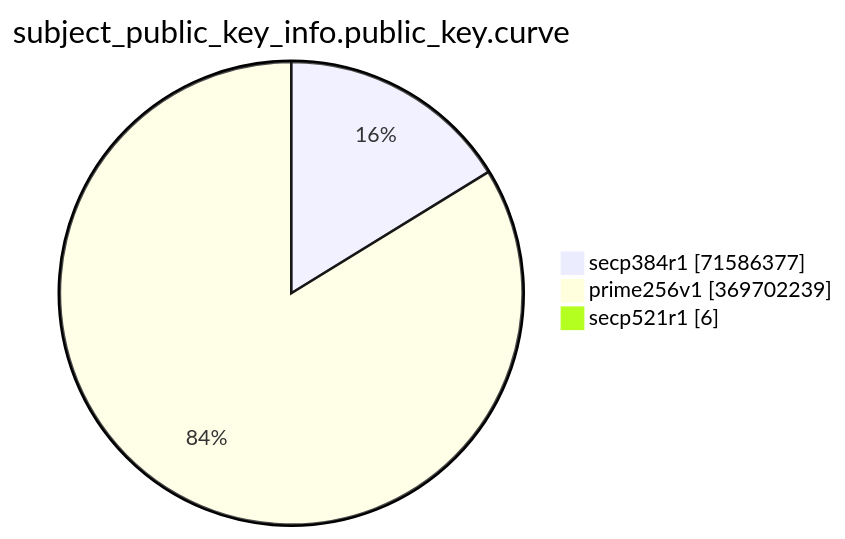
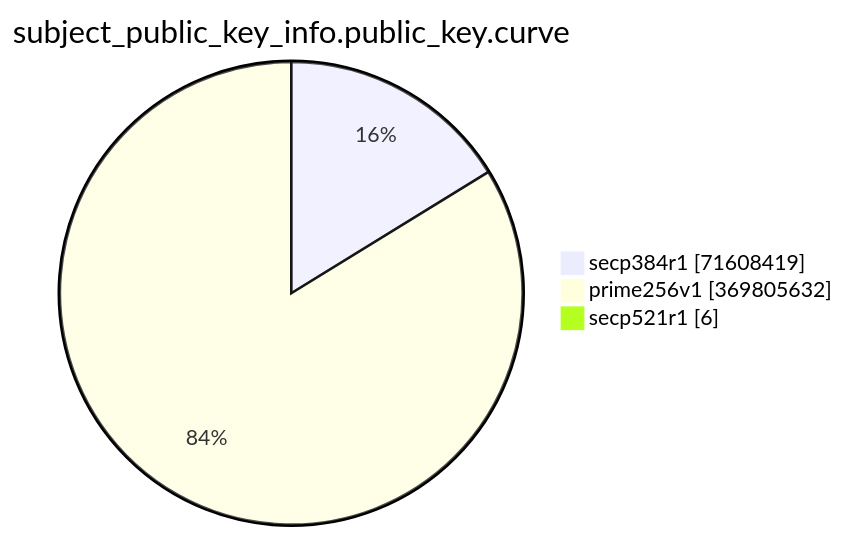
One commit to christiankrug/ctmonitor_visualization changed the eighth of 15 diagrams in TOTAL/README.md. Above: the diagram before and after it, drawn with Mermaid. The commit also changed other lines of this file, not shown here.

````diff
--- a/TOTAL/README.md
+++ b/TOTAL/README.md
@@ -3092,7 +3092,7 @@
 ```mermaid
 pie showData
 title subject_public_key_info.public_key.curve
-"secp384r1" :71586377
-"prime256v1" :369702239
+"secp384r1" :71608419
+"prime256v1" :369805632
 "secp521r1" :6
 ```
````
